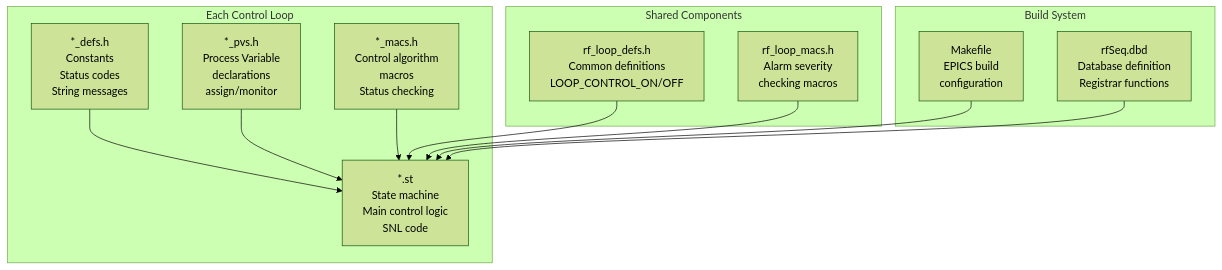
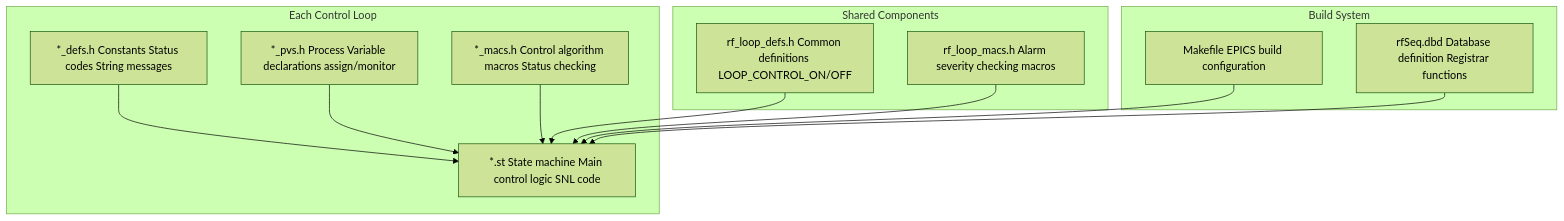
Before and after one commit to fayaw/spearlegacyLLRF: diagram 15 of 18 in SPEAR3_LLRF_COMPREHENSIVE_ANALYSIS.md, drawn with Mermaid (forest theme). The commit also changed other lines of this file, not shown here.

First line of the commit message:
Fix Mermaid diagram syntax errors

````diff
--- a/SPEAR3_LLRF_COMPREHENSIVE_ANALYSIS.md
+++ b/SPEAR3_LLRF_COMPREHENSIVE_ANALYSIS.md
@@ -719,33 +719,33 @@
 ```mermaid
 graph TB
-    subgraph "Each Control Loop"
-        Defs[*_defs.h<br/>Constants<br/>Status codes<br/>String messages]
-        
-        PVs[*_pvs.h<br/>Process Variable<br/>declarations<br/>assign/monitor]
-        
-        Macs[*_macs.h<br/>Control algorithm<br/>macros<br/>Status checking]
-        
-        Sequence[*.st<br/>State machine<br/>Main control logic<br/>SNL code]
-    end
-    
-    subgraph "Shared Components"
-        Loop_Defs[rf_loop_defs.h<br/>Common definitions<br/>LOOP_CONTROL_ON/OFF]
-        
-        Loop_Macs[rf_loop_macs.h<br/>Alarm severity<br/>checking macros]
-    end
-    
-    subgraph "Build System"
-        Makefile[Makefile<br/>EPICS build<br/>configuration]
-        
-        DBD[rfSeq.dbd<br/>Database definition<br/>Registrar functions]
-    end
-    
-    Defs --> Sequence
-    PVs --> Sequence
-    Macs --> Sequence
-    Loop_Defs --> Sequence
-    Loop_Macs --> Sequence
-    
-    Makefile --> Sequence
-    DBD --> Sequence
+ subgraph "Each Control Loop"
+ Defs[*_defs.h Constants Status codes String messages]
+ 
+ PVs[*_pvs.h Process Variable declarations assign/monitor]
+ 
+ Macs[*_macs.h Control algorithm macros Status checking]
+ 
+ Sequence[*.st State machine Main control logic SNL code]
+ end
+ 
+ subgraph "Shared Components"
+ Loop_Defs[rf_loop_defs.h Common definitions LOOP_CONTROL_ON/OFF]
+ 
+ Loop_Macs[rf_loop_macs.h Alarm severity checking macros]
+ end
+ 
+ subgraph "Build System"
+ Makefile[Makefile EPICS build configuration]
+ 
+ DBD[rfSeq.dbd Database definition Registrar functions]
+ end
+ 
+ Defs --> Sequence
+ PVs --> Sequence
+ Macs --> Sequence
+ Loop_Defs --> Sequence
+ Loop_Macs --> Sequence
+ 
+ Makefile --> Sequence
+ DBD --> Sequence
 ```
````
